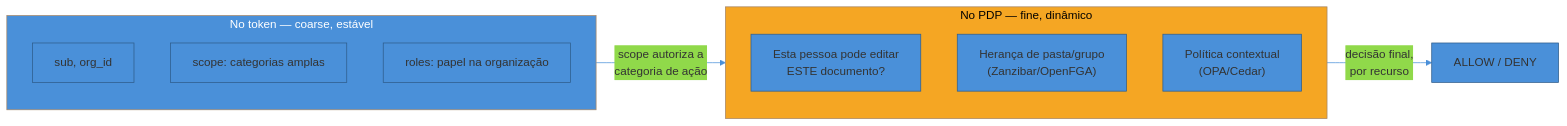
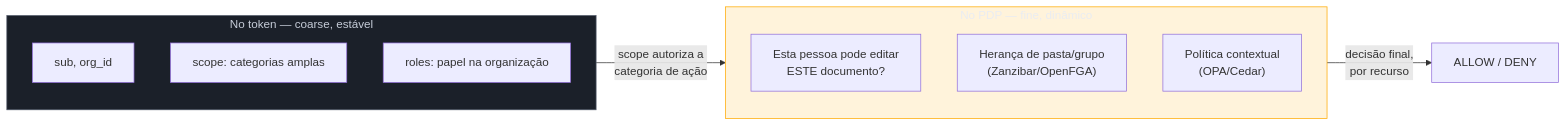
Before and after one commit to josenaldo/codex-technomanticus: the second of 5 diagrams in 03-Dominios/Engenharia/Auth e Identidade/3 - Autorização e multi-tenancy/04 - Autorização de API na prática.md, drawn with Mermaid. The commit also changed other lines of this file and 1181 other files, not shown here.

First line of the commit message:
fix(diagramas): paleta do sistema no lugar de cor cravada no markdown

````diff
--- a/03-Dominios/Engenharia/Auth e Identidade/3 - Autorização e multi-tenancy/04 - Autorização de API na prática.md
+++ b/03-Dominios/Engenharia/Auth e Identidade/3 - Autorização e multi-tenancy/04 - Autorização de API na prática.md
@@ -84,19 +84,20 @@
 ```mermaid
-%%{init: {"theme": "base", "themeVariables": {"primaryColor": "#4A90D9", "primaryBorderColor": "#2E5C8A", "lineColor": "#4A90D9"}}}%%
 graph LR
+    classDef neutro fill:#1B2029,stroke:#4E5666,color:#C6CCD8
+    classDef destaque fill:#FFAA0024,stroke:#FFAA00,color:#E9ECF2
     subgraph Token["No token — coarse, estável"]
         T1["sub, org_id"]
         T2["scope: categorias amplas"]
         T3["roles: papel na organização"]
     end
     subgraph PDP["No PDP — fine, dinâmico"]
         P1["Esta pessoa pode editar<br/>ESTE documento?"]
         P2["Herança de pasta/grupo<br/>(Zanzibar/OpenFGA)"]
         P3["Política contextual<br/>(OPA/Cedar)"]
     end
     Token -->|"scope autoriza a<br/>categoria de ação"| PDP
     PDP -->|"decisão final,<br/>por recurso"| Allow["ALLOW / DENY"]
 
-    style Token fill:#4A90D9,color:#fff
-    style PDP fill:#F5A623,color:#000
+    class Token neutro
+    class PDP destaque
 ```
````
